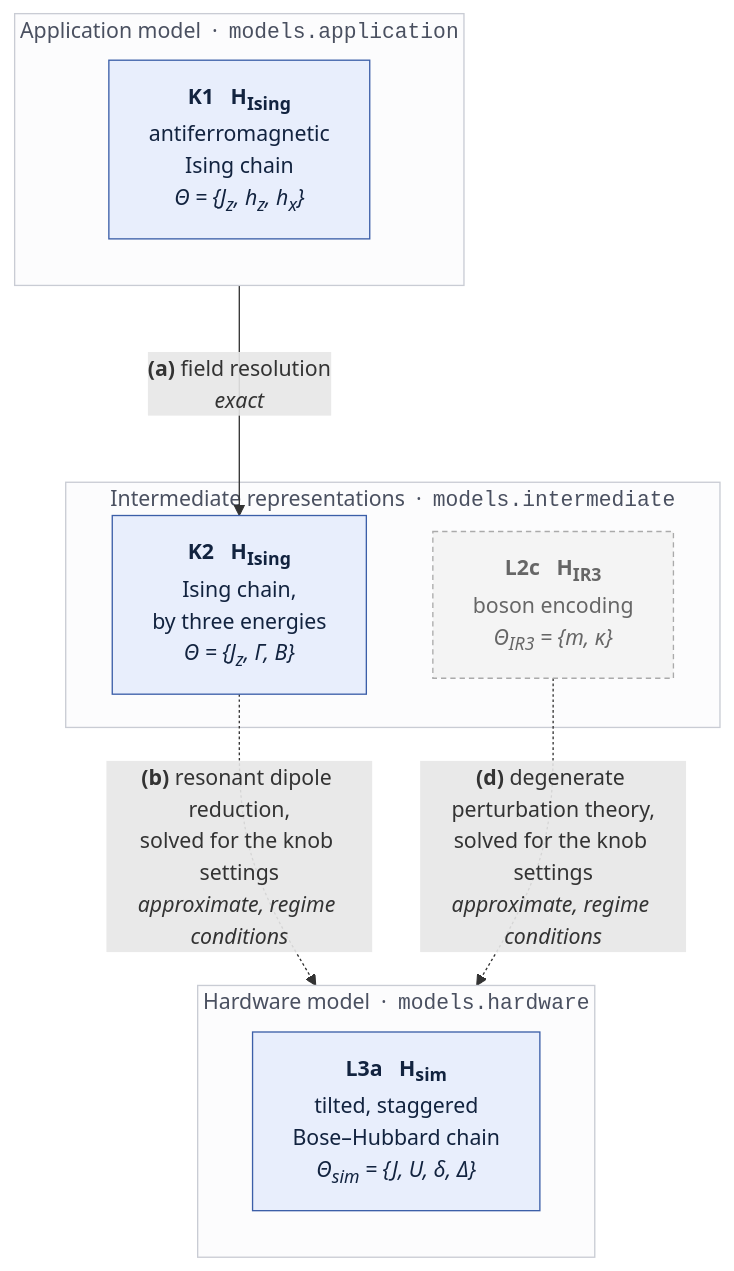
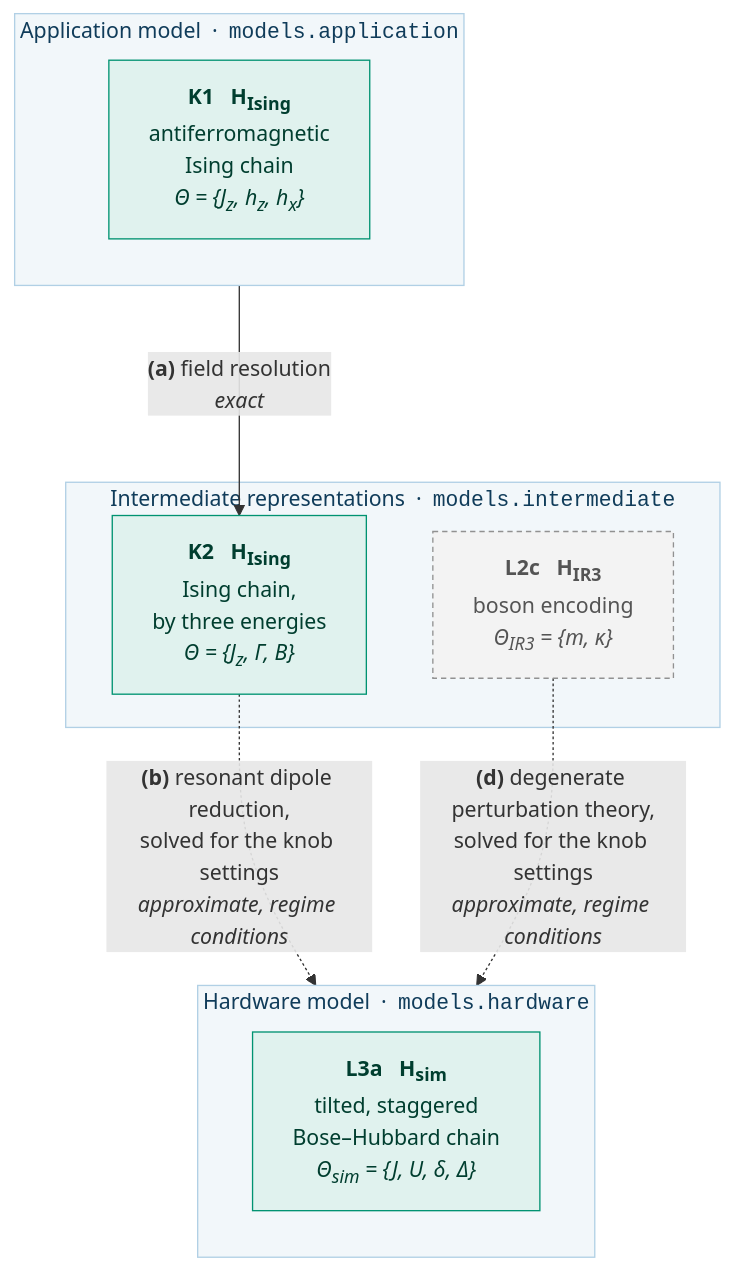
The diagram in docs/ising.md (lfd/qsimod), drawn with Mermaid before and after one commit. The commit also changed 8 other files, not shown here.

Commit message:
mathJax in zensical docs; lfd colours in mermaid figure

````diff
--- a/docs/ising.md
+++ b/docs/ising.md
@@ -19,28 +19,28 @@
 ```mermaid
 flowchart TB
     subgraph LV1["Application model &nbsp;·&nbsp; <code>models.application</code>"]
         direction LR
         K1["<b>K1 &nbsp; H<sub>Ising</sub></b><br/>antiferromagnetic<br/>Ising chain<br/><i>Θ = {J<sub>z</sub>, h<sub>z</sub>, h<sub>x</sub>}</i>"]
     end
     subgraph LV2["Intermediate representations &nbsp;·&nbsp; <code>models.intermediate</code>"]
         K2["<b>K2 &nbsp; H<sub>Ising</sub></b><br/>Ising chain,<br/>by three energies<br/><i>Θ = {J<sub>z</sub>, Γ, B}</i>"]
         L2c["<b>L2c &nbsp; H<sub>IR3</sub></b><br/>boson encoding<br/><i>Θ<sub>IR3</sub> = {m, κ}</i>"]
     end
     subgraph LV3["Hardware model &nbsp;·&nbsp; <code>models.hardware</code>"]
         direction LR
         L3a["<b>L3a &nbsp; H<sub>sim</sub></b><br/>tilted, staggered<br/>Bose–Hubbard chain<br/><i>Θ<sub>sim</sub> = {J, U, δ, Δ}</i>"]
     end
 
     K1  ---> |"<b>(a)</b> field resolution<br/><i>exact</i>"| K2
     K2  -. "<b>(b)</b> resonant dipole reduction,<br/>solved for the knob settings<br/><i>approximate, regime conditions</i>" .-> L3a
 
     L2c -. "<b>(d)</b> degenerate perturbation theory,<br/>solved for the knob settings<br/><i>approximate, regime conditions</i>" .-> L3a
 
-    classDef ham fill:#e8eefc,stroke:#3b5ea8,color:#12233f
-    classDef ctx fill:#f4f4f4,stroke:#aaa,color:#666,stroke-dasharray:4 3
+    classDef ham fill:#e0f2ee,stroke:#009371,color:#003e2f
+    classDef ctx fill:#f3f3f3,stroke:#919191,color:#545454,stroke-dasharray:4 3
     class K1,K2,L3a ham
     class L2c ctx
-    style LV1 fill:#fcfcfd,stroke:#c9ccd4,color:#4a5060
-    style LV2 fill:#fcfcfd,stroke:#c9ccd4,color:#4a5060
-    style LV3 fill:#fcfcfd,stroke:#c9ccd4,color:#4a5060
+    style LV1 fill:#f2f7fa,stroke:#b1d0e5,color:#103c5a
+    style LV2 fill:#f2f7fa,stroke:#b1d0e5,color:#103c5a
+    style LV3 fill:#f2f7fa,stroke:#b1d0e5,color:#103c5a
 ```
````
